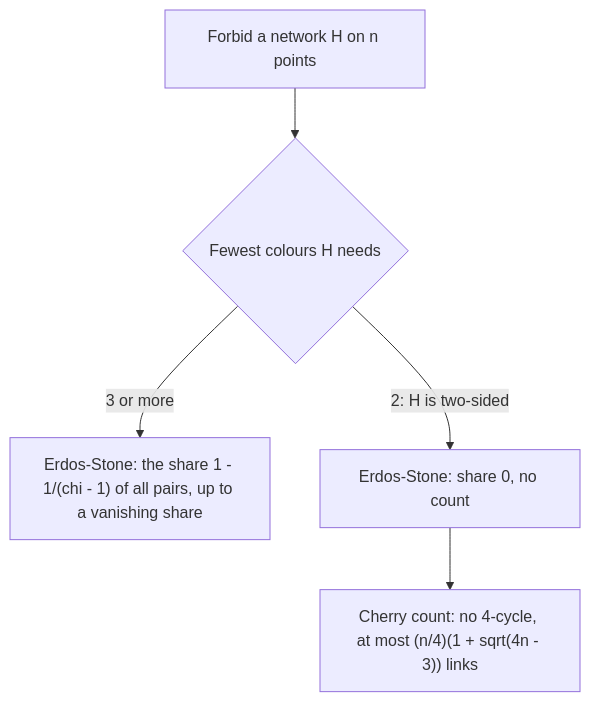
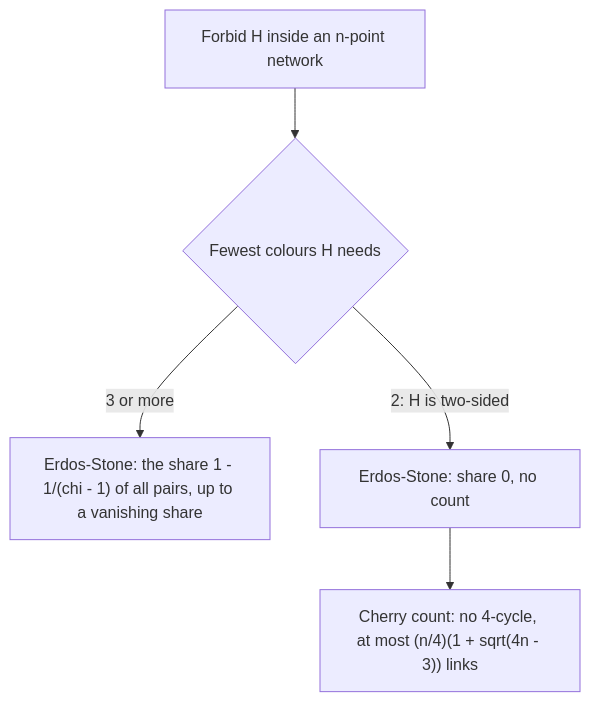
One commit to wappy-x/Mathematics changed the diagram in Cards/04-Combinatorics and graphs/14-Ramsey and Extremal, in Outline/06-erdos-stone-and-kovari-sos-turan.md. Above: the diagram before and after it, drawn with Mermaid. The commit also changed other lines of this file and 20 other files, not shown here.

````diff
--- a/Cards/04-Combinatorics and graphs/14-Ramsey and Extremal, in Outline/06-erdos-stone-and-kovari-sos-turan.md
+++ b/Cards/04-Combinatorics and graphs/14-Ramsey and Extremal, in Outline/06-erdos-stone-and-kovari-sos-turan.md
@@ -21,7 +23,7 @@
 ```mermaid
 flowchart TB
-    H["Forbid a network H on n points"] --> Q{"Fewest colours H needs"}
+    H["Forbid H inside an n-point network"] --> Q{"Fewest colours H needs"}
     Q -->|"3 or more"| ES["Erdos-Stone: the share 1 - 1/(chi - 1) of all pairs, up to a vanishing share"]
     Q -->|"2: H is two-sided"| Z["Erdos-Stone: share 0, no count"]
     Z --> K["Cherry count: no 4-cycle, at most (n/4)(1 + sqrt(4n - 3)) links"]
 ```
````
